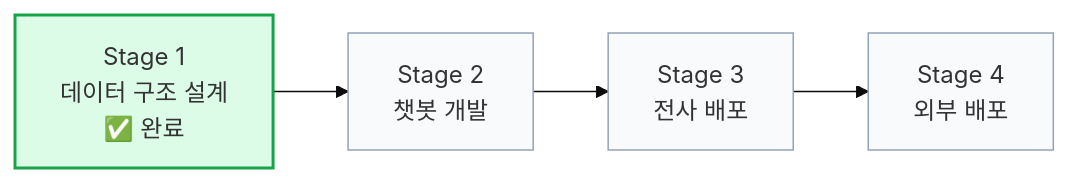
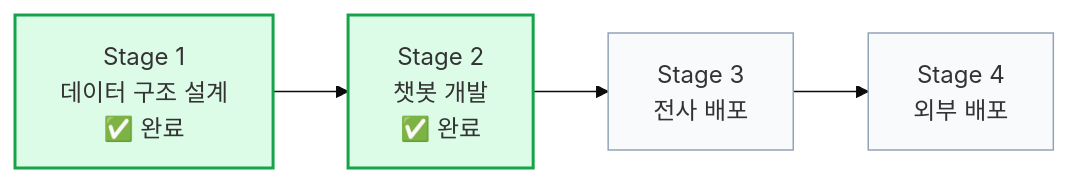
Before and after one commit to ygyun3937/pipeline: the second of 9 diagrams in README.md, drawn with Mermaid (base theme). The commit also changed other lines of this file and 26 other files, not shown here.

````diff
--- a/README.md
+++ b/README.md
@@ -13,14 +75,14 @@
 ```mermaid
 flowchart LR
     S1["Stage 1\n데이터 구조 설계\n✅ 완료"]
-    S2["Stage 2\n챗봇 개발"]
+    S2["Stage 2\n챗봇 개발\n✅ 완료"]
     S3["Stage 3\n전사 배포"]
     S4["Stage 4\n외부 배포"]
 
     S1 --> S2 --> S3 --> S4
 
     style S1 fill:#dcfce7,stroke:#16a34a,stroke-width:2px
-    style S2 fill:#f8fafc,stroke:#94a3b8
+    style S2 fill:#dcfce7,stroke:#16a34a,stroke-width:2px
     style S3 fill:#f8fafc,stroke:#94a3b8
     style S4 fill:#f8fafc,stroke:#94a3b8
 ```
````
